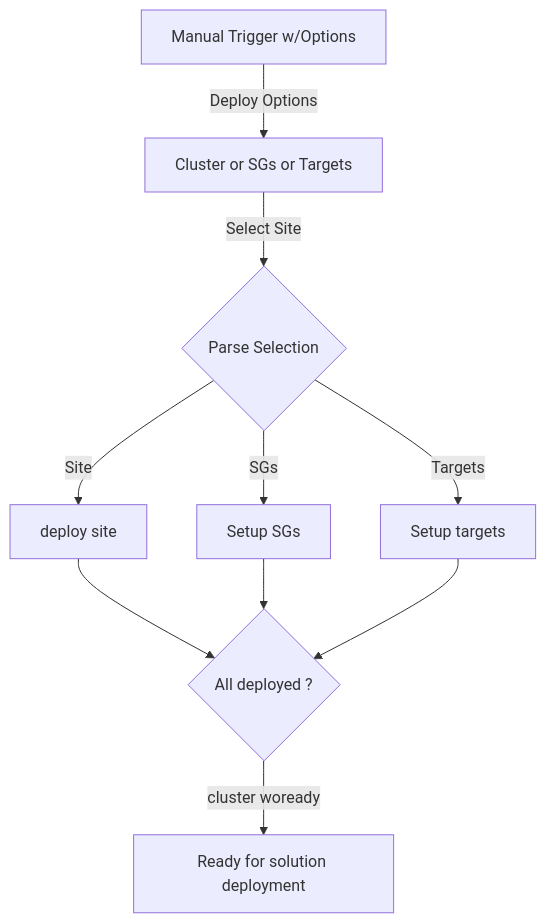
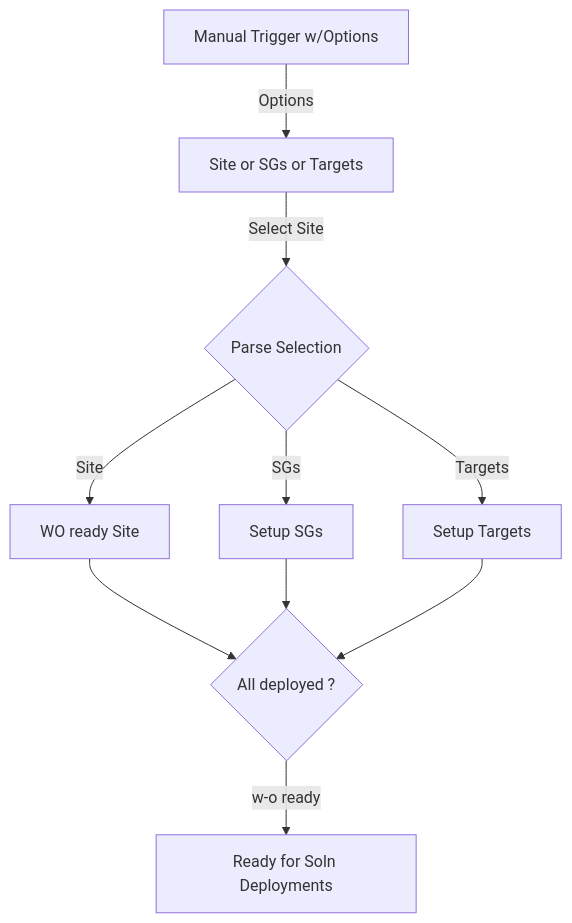
One commit to wo-ghawfs/wo-temp changed the first of 6 diagrams in README.md. Above: the diagram before and after it, drawn with Mermaid. The commit also changed 1 other file, not shown here.

````diff
--- a/README.md
+++ b/README.md
@@ -68,12 +68,12 @@
 ```mermaid
 graph TD
-    A[ Manual Trigger w/Options] --> | Deploy Options | B[Cluster or SGs or Targets]
+    A[ Manual Trigger w/Options] --> | Options | B[Site or SGs or Targets]
     B --> |Select Site| C{Parse Selection}
-    C --> |Site| D[deploy site]
+    C --> |Site| D[WO ready Site]
     C --> |SGs| E[Setup SGs]
-    C --> |Targets| F[Setup targets]
+    C --> |Targets| F[Setup Targets]
     D --> G{All deployed ?}
     E --> G
     F --> G
-    G --> | cluster woready | H[Ready for solution deployment]
+    G --> |  w-o ready | H[Ready for Soln Deployments]
 ```
````
